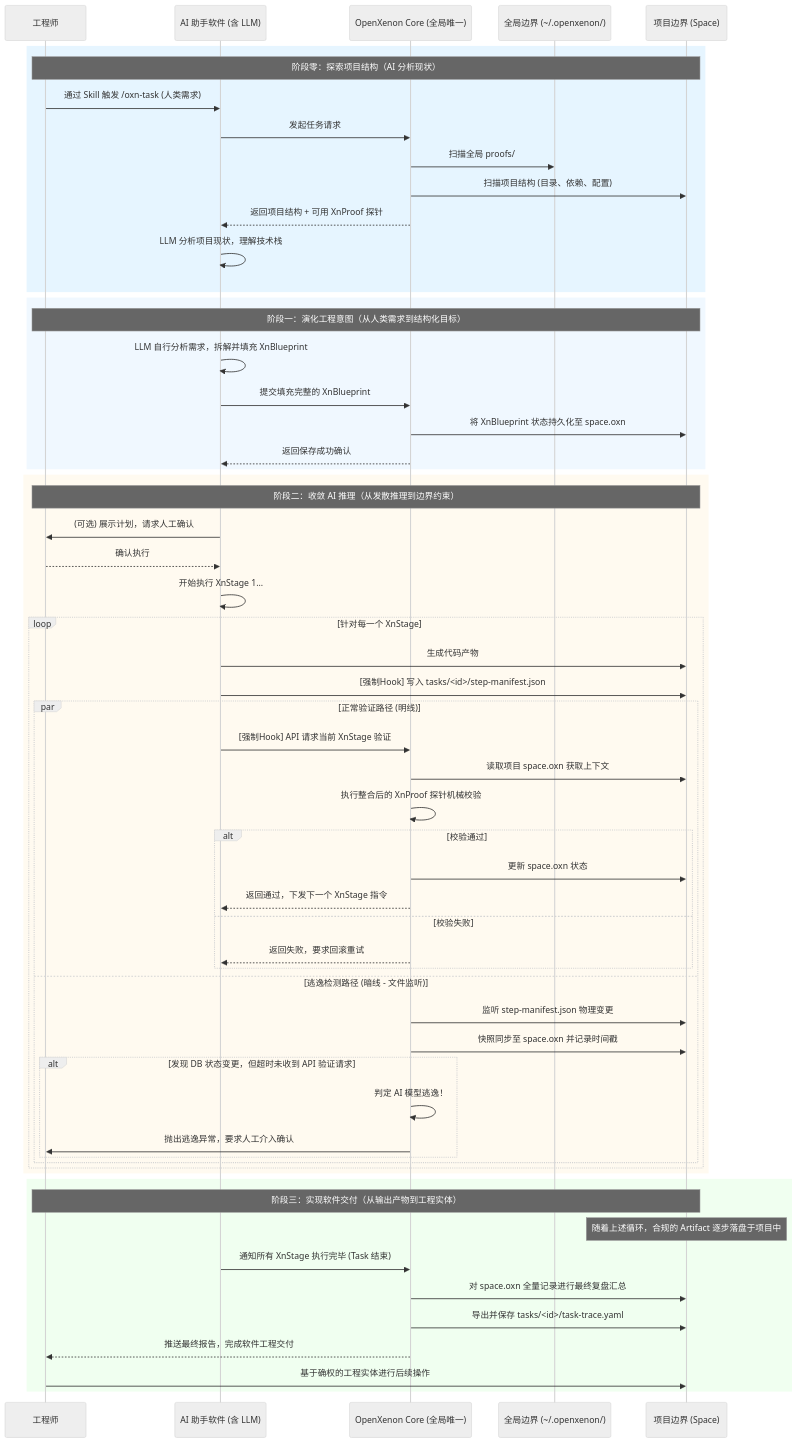
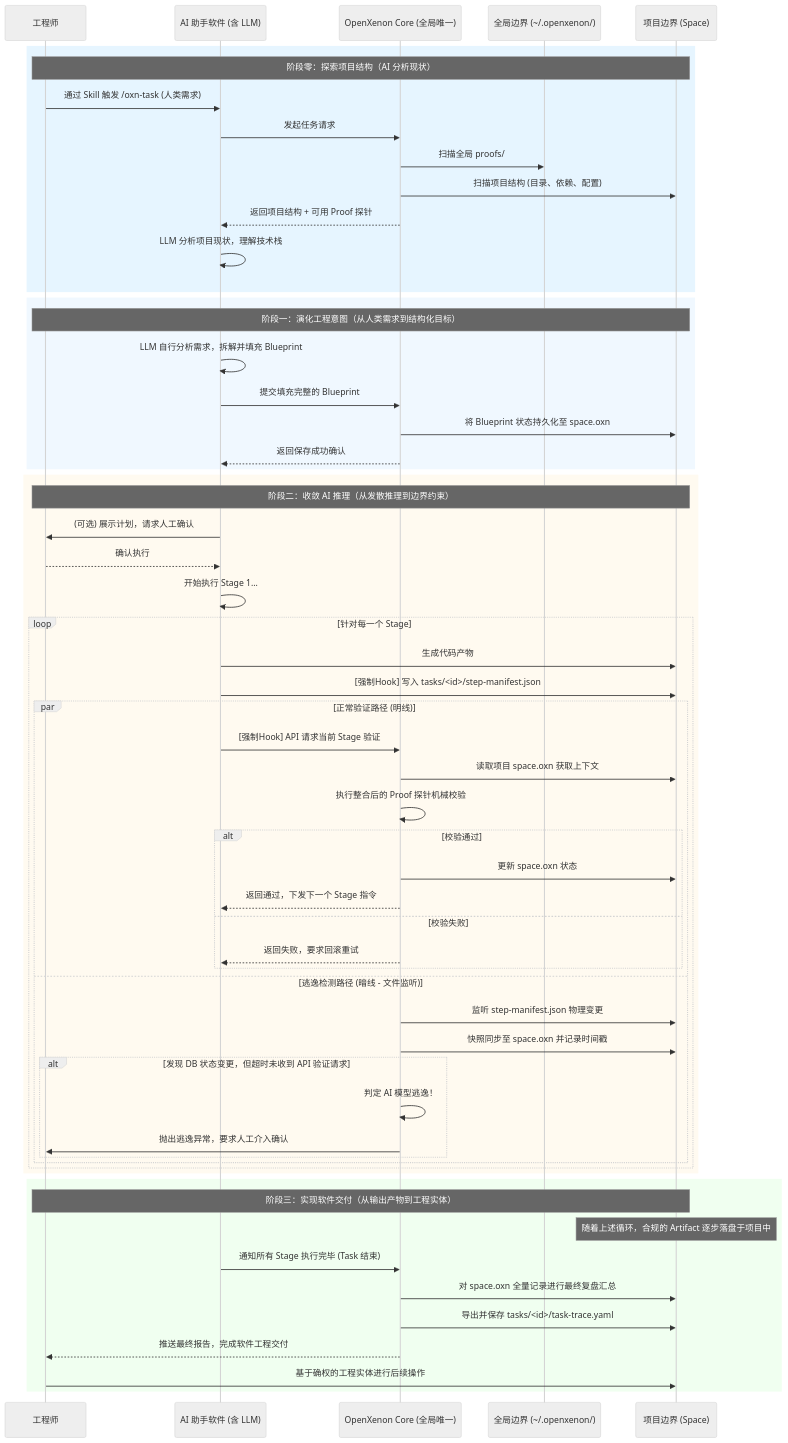
The diagram in README.md (istuen/openxenon), drawn with Mermaid (neutral theme) before and after one commit. The commit also changed other lines of this file and 20 other files, not shown here.

````diff
--- a/README.md
+++ b/README.md
@@ -245,63 +245,63 @@
  ```mermaid
  sequenceDiagram
      participant Eng as 工程师
      participant AI as AI 助手软件 (含 LLM)
      participant Core as OpenXenon Core (全局唯一)
      participant GFS as 全局边界 (~/.openxenon/)
      participant PFS as 项目边界 (Space)
      rect rgb(230, 245, 255)
      Note over Eng, PFS: 阶段零：探索项目结构（AI 分析现状）
      Eng->>AI: 通过 Skill 触发 /oxn-task (人类需求)
      AI->>Core: 发起任务请求
      Core->>GFS: 扫描全局 proofs/
      Core->>PFS: 扫描项目结构 (目录、依赖、配置)
-     Core-->>AI: 返回项目结构 + 可用 XnProof 探针
+     Core-->>AI: 返回项目结构 + 可用 Proof 探针
      AI->>AI: LLM 分析项目现状，理解技术栈
      end
      rect rgb(240, 248, 255)
      Note over Eng, PFS: 阶段一：演化工程意图（从人类需求到结构化目标）
-     AI->>AI: LLM 自行分析需求，拆解并填充 XnBlueprint
-     AI->>Core: 提交填充完整的 XnBlueprint
-     Core->>PFS: 将 XnBlueprint 状态持久化至 space.oxn
+     AI->>AI: LLM 自行分析需求，拆解并填充 Blueprint
+     AI->>Core: 提交填充完整的 Blueprint
+     Core->>PFS: 将 Blueprint 状态持久化至 space.oxn
      Core-->>AI: 返回保存成功确认
      end
     rect rgb(255, 250, 240)
     Note over Eng, PFS: 阶段二：收敛 AI 推理（从发散推理到边界约束）
     
     AI->>Eng: (可选) 展示计划，请求人工确认
     Eng-->>AI: 确认执行
-    AI->>AI: 开始执行 XnStage 1...
-    loop 针对每一个 XnStage
+    AI->>AI: 开始执行 Stage 1...
+    loop 针对每一个 Stage
         AI->>PFS: 生成代码产物
         AI->>PFS: [强制Hook] 写入 tasks/<id>/step-manifest.json
         
         par 正常验证路径 (明线)
-            AI->>Core: [强制Hook] API 请求当前 XnStage 验证
+            AI->>Core: [强制Hook] API 请求当前 Stage 验证
             Core->>PFS: 读取项目 space.oxn 获取上下文
-            Core->>Core: 执行整合后的 XnProof 探针机械校验
+            Core->>Core: 执行整合后的 Proof 探针机械校验
             alt 校验通过
                 Core->>PFS: 更新 space.oxn 状态
-                Core-->>AI: 返回通过，下发下一个 XnStage 指令
+                Core-->>AI: 返回通过，下发下一个 Stage 指令
             else 校验失败
                 Core-->>AI: 返回失败，要求回滚重试
             end
         and 逃逸检测路径 (暗线 - 文件监听)
             Core->>PFS: 监听 step-manifest.json 物理变更
             Core->>PFS: 快照同步至 space.oxn 并记录时间戳
             alt 发现 DB 状态变更，但超时未收到 API 验证请求
                 Core->>Core: 判定 AI 模型逃逸！
                 Core->>Eng: 抛出逃逸异常，要求人工介入确认
             end
         end
     end
     end
     rect rgb(240, 255, 240)
     Note over Eng, PFS: 阶段三：实现软件交付（从输出产物到工程实体）
     Note over PFS: 随着上述循环，合规的 Artifact 逐步落盘于项目中
-    AI->>Core: 通知所有 XnStage 执行完毕 (Task 结束)
+    AI->>Core: 通知所有 Stage 执行完毕 (Task 结束)
     Core->>PFS: 对 space.oxn 全量记录进行最终复盘汇总
     Core->>PFS: 导出并保存 tasks/<id>/task-trace.yaml
     Core-->>Eng: 推送最终报告，完成软件工程交付
     Eng->>PFS: 基于确权的工程实体进行后续操作
     end
 ```
````
